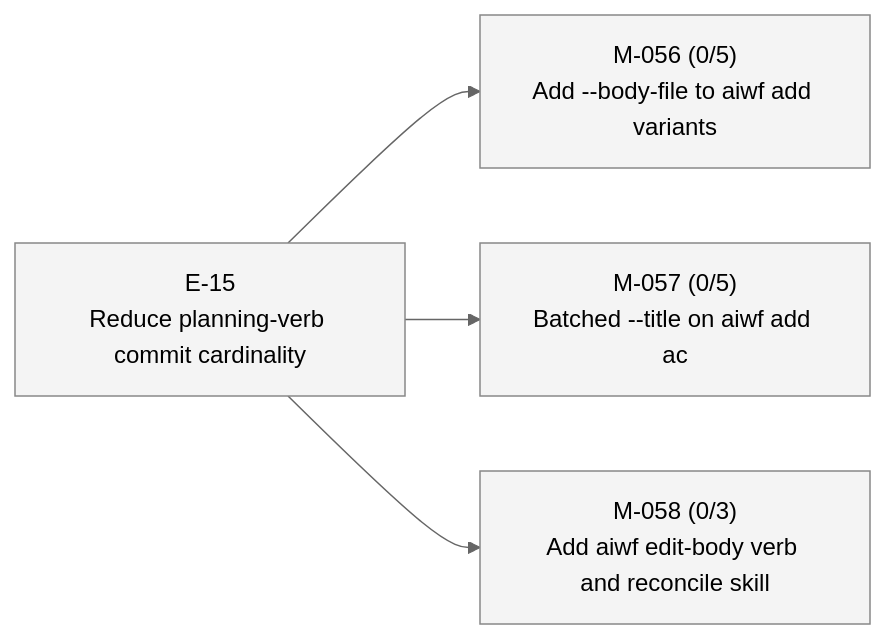
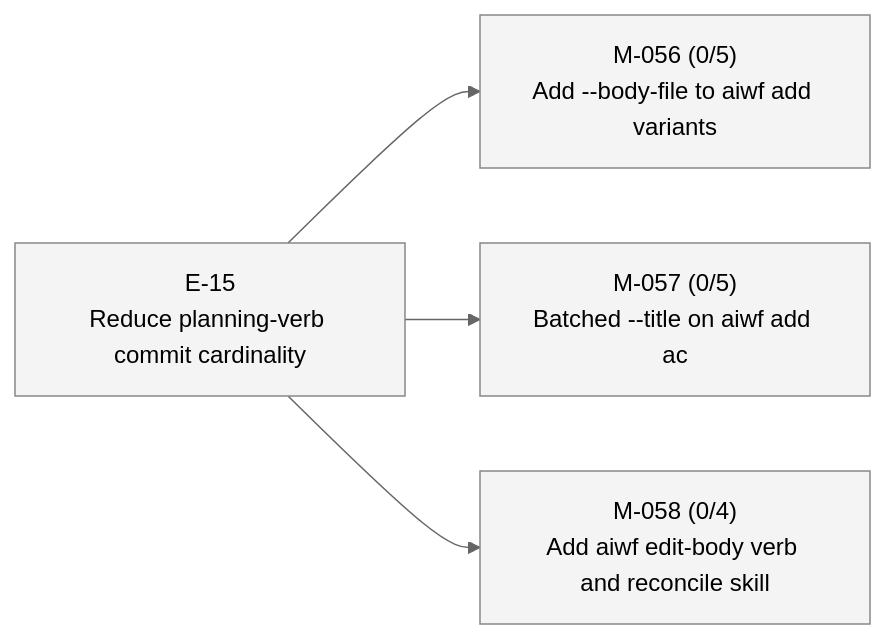
The third of 3 diagrams in STATUS.md (23min/aiwf), drawn with Mermaid (neutral theme) before and after one commit. The commit also changed other lines of this file and 1 other file, not shown here.

First line of the commit message:
aiwf add ac M-058/AC-4 "G-051 and G-052 are promotable to addressed after this milestone"

````diff
--- a/STATUS.md
+++ b/STATUS.md
@@ -69,16 +69,16 @@
 ```mermaid
 flowchart LR
   E_15["E-15<br/>Reduce planning-verb commit cardinality"]:::epic_proposed
   M_056["M-056 (0/5)<br/>Add --body-file to aiwf add variants"]:::ms_draft
   E_15 --> M_056
   M_057["M-057 (0/5)<br/>Batched --title on aiwf add ac"]:::ms_draft
   E_15 --> M_057
-  M_058["M-058 (0/3)<br/>Add aiwf edit-body verb and reconcile skill"]:::ms_draft
+  M_058["M-058 (0/4)<br/>Add aiwf edit-body verb and reconcile skill"]:::ms_draft
   E_15 --> M_058
   classDef epic_active fill:#d6eaff,stroke:#1a73e8,color:#000
   classDef epic_proposed fill:#f4f4f4,stroke:#888,color:#000
   classDef ms_done fill:#d8f5d8,stroke:#2a8a2a,color:#000
   classDef ms_in_progress fill:#fff3c4,stroke:#caa400,color:#000
   classDef ms_draft fill:#f4f4f4,stroke:#888,color:#000
   classDef ms_cancelled fill:#fbeaea,stroke:#c33,color:#000
 ```
````
